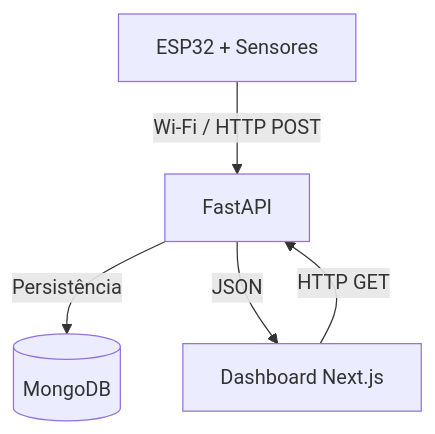
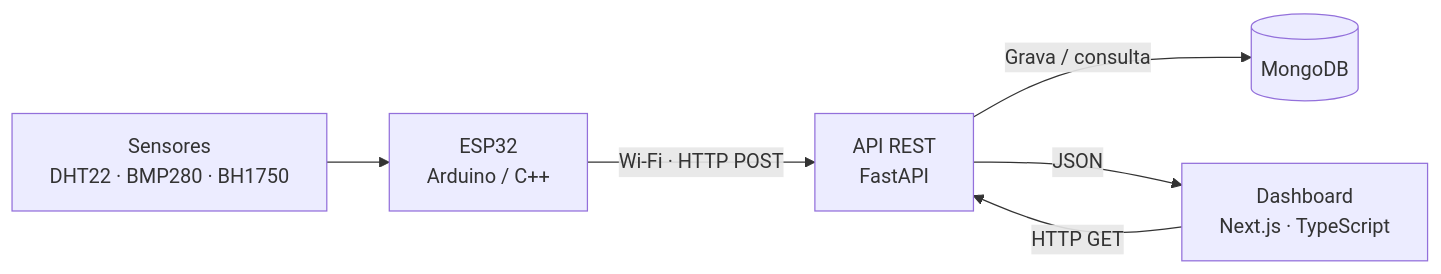
The diagram in README.md (UNIP-Projetos-da-Faculdade/Meteora), drawn with Mermaid before and after one commit. The commit also changed other lines of this file, not shown here.

````diff
--- a/README.md
+++ b/README.md
@@ -71,7 +68,8 @@
 ```mermaid
-flowchart TD
-    A["ESP32 + Sensores"] -->|"Wi-Fi / HTTP POST"| B["FastAPI"]
-    B -->|"Persistência"| C[("MongoDB")]
-    D["Dashboard Next.js"] -->|"HTTP GET"| B
-    B -->|"JSON"| D
+flowchart LR
+    S["Sensores<br/>DHT22 · BMP280 · BH1750"] --> E["ESP32<br/>Arduino / C++"]
+    E -->|"Wi-Fi · HTTP POST"| API["API REST<br/>FastAPI"]
+    API -->|"Grava / consulta"| DB[("MongoDB")]
+    WEB["Dashboard<br/>Next.js · TypeScript"] -->|"HTTP GET"| API
+    API -->|"JSON"| WEB
 ```
````
